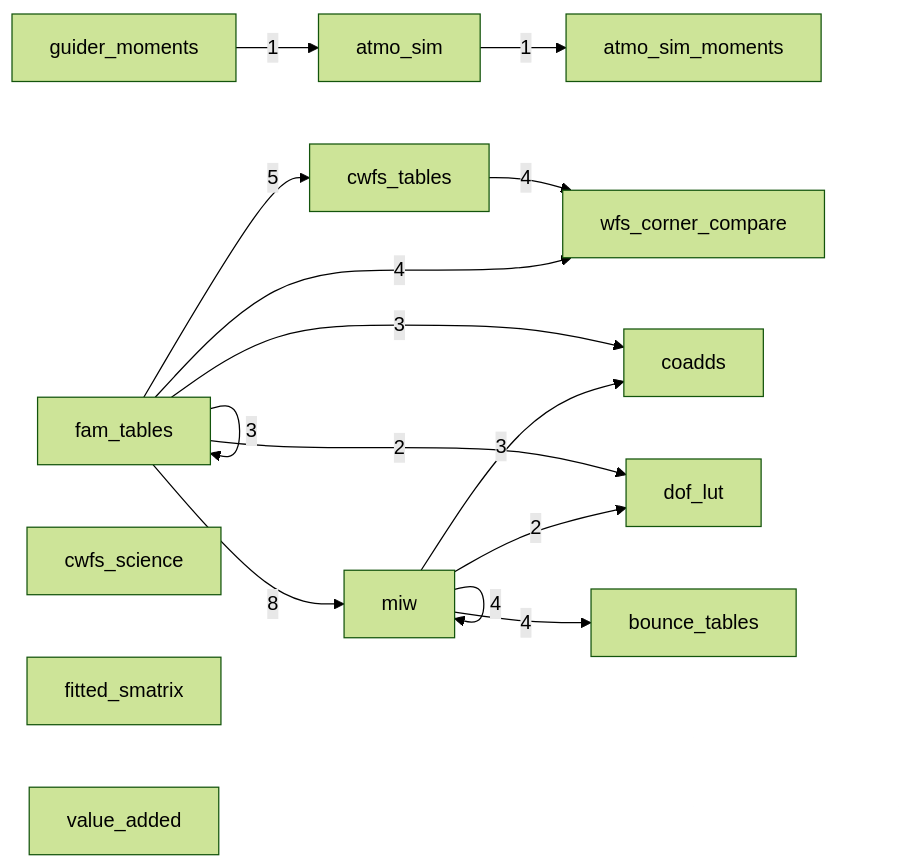
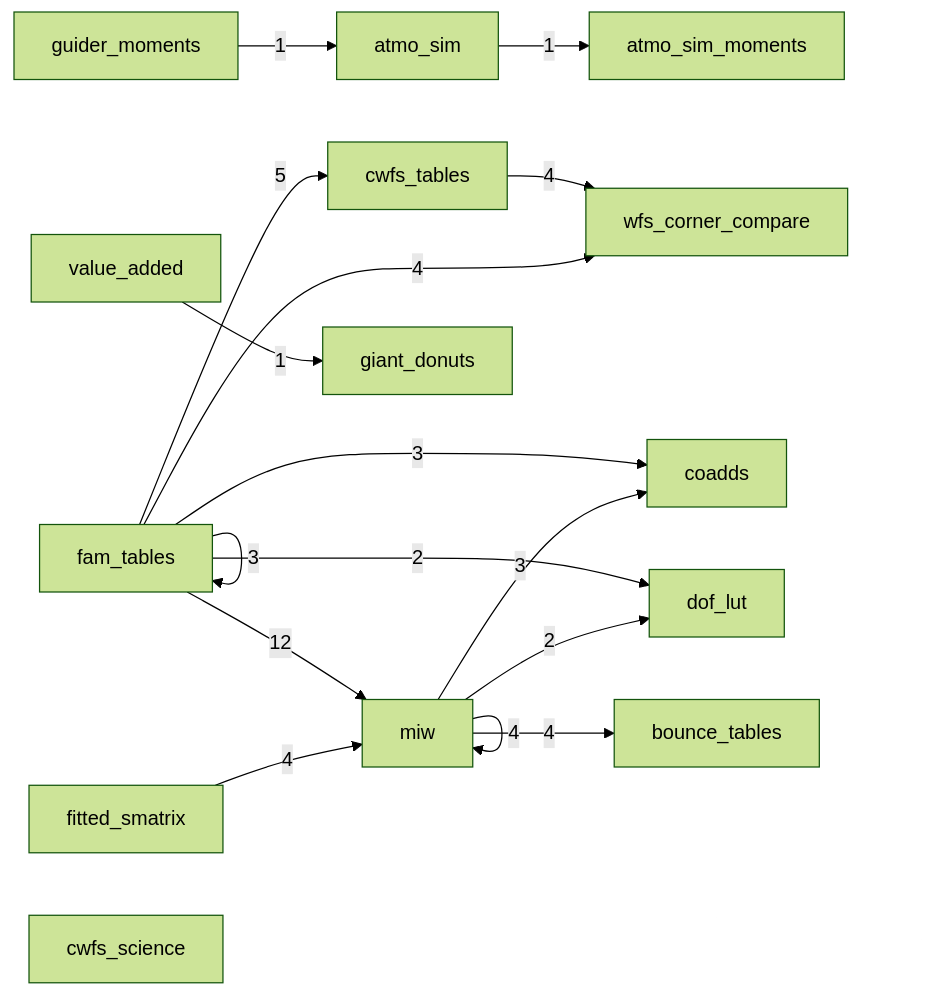
Before and after one commit to aaronroodman/rubin-work: the diagram in PRODUCT_MAP.md, drawn with Mermaid (forest theme). The commit also changed other lines of this file and 2 other files, not shown here.

First line of the commit message:
giant_donuts: manifest records stamps and masks; indexes regenerated

````diff
--- a/PRODUCT_MAP.md
+++ b/PRODUCT_MAP.md
@@ -13,19 +13,19 @@
 ```mermaid
 flowchart LR
     atmo_sim -->|1| atmo_sim_moments
     cwfs_tables -->|4| wfs_corner_compare
     fam_tables -->|3| coadds
     fam_tables -->|5| cwfs_tables
     fam_tables -->|2| dof_lut
     fam_tables -->|3| fam_tables
-    fam_tables -->|8| miw
+    fam_tables -->|12| miw
     fam_tables -->|4| wfs_corner_compare
+    fitted_smatrix -->|4| miw
     guider_moments -->|1| atmo_sim
     miw -->|4| bounce_tables
     miw -->|3| coadds
     miw -->|2| dof_lut
     miw -->|4| miw
+    value_added -->|1| giant_donuts
     cwfs_science
-    fitted_smatrix
-    value_added
 ```
````
